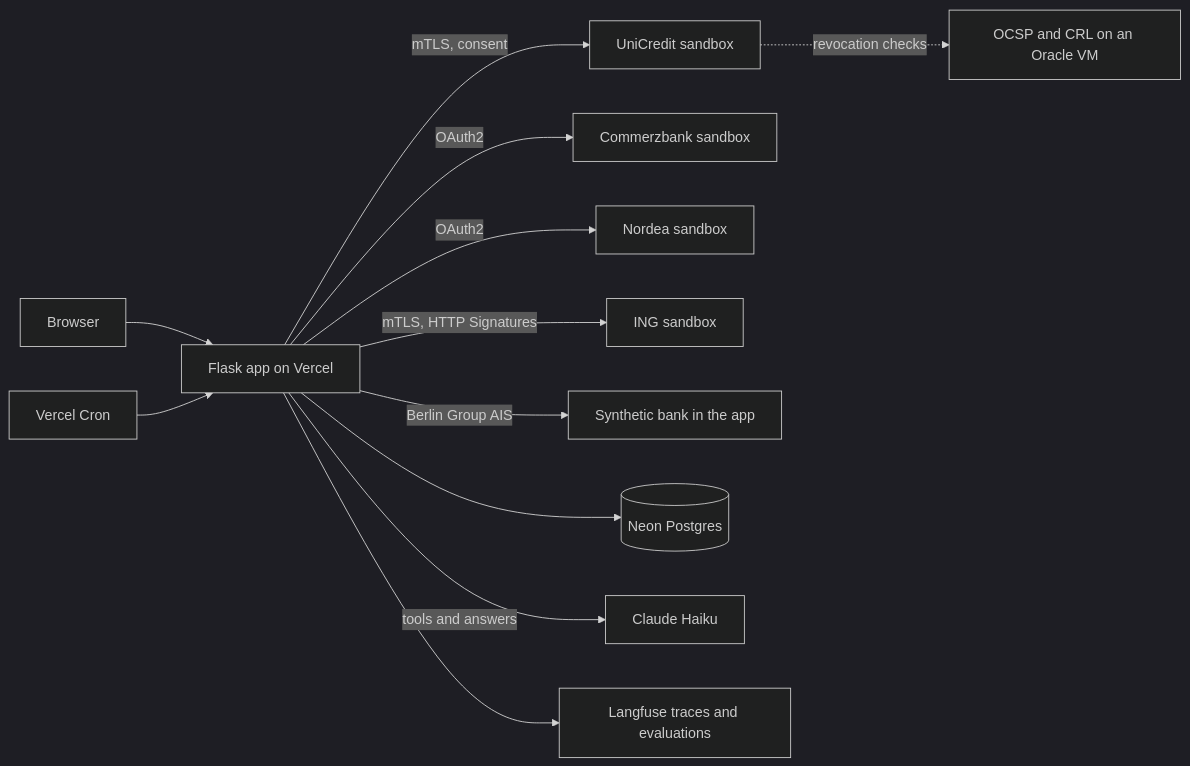
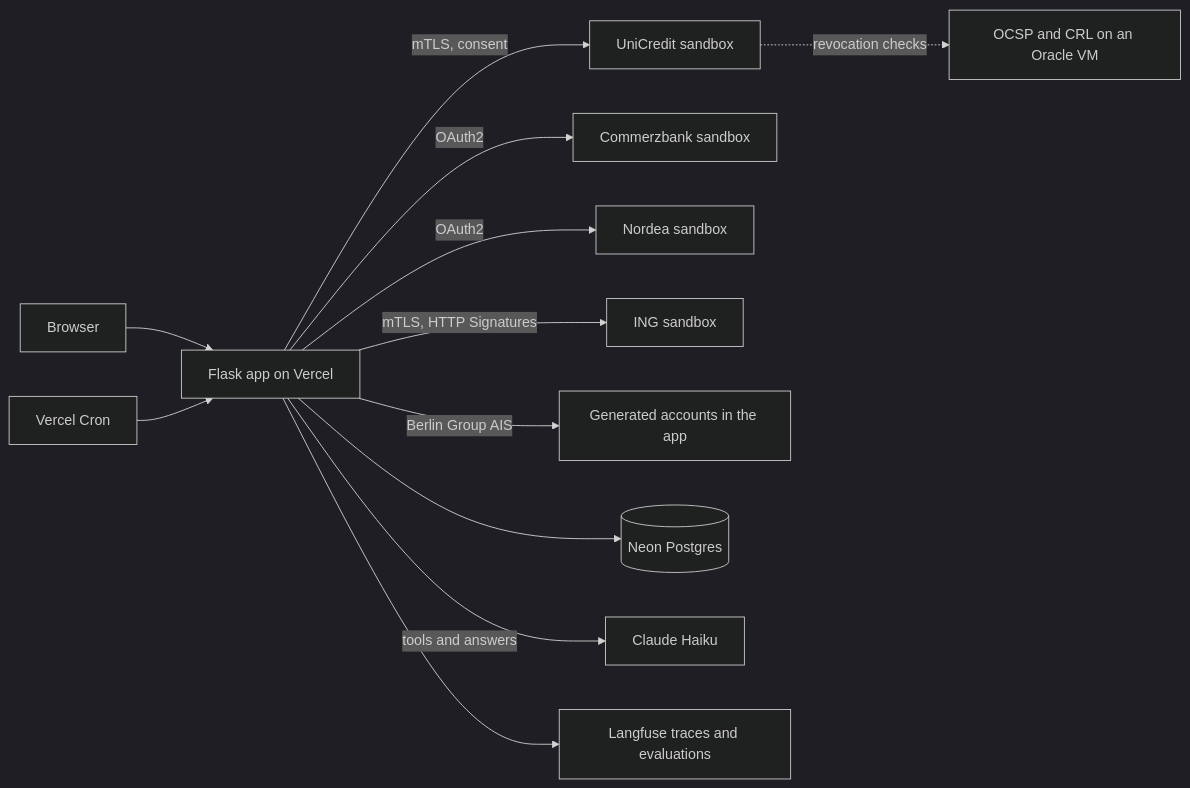
One commit to ajaykrishnaptr/bank-connectivity changed the diagram in README.md. Above: the diagram before and after it, drawn with Mermaid (dark theme). The commit also changed other lines of this file and 12 other files, not shown here.

````diff
--- a/README.md
+++ b/README.md
@@ -123,14 +141,14 @@
 ```mermaid
 flowchart LR
   U[Browser] --> F[Flask app on Vercel]
   F -->|mTLS, consent| UC[UniCredit sandbox]
   F -->|OAuth2| CB[Commerzbank sandbox]
   F -->|OAuth2| NO[Nordea sandbox]
   F -->|mTLS, HTTP Signatures| ING[ING sandbox]
-  F -->|Berlin Group AIS| SB[Synthetic bank in the app]
+  F -->|Berlin Group AIS| SB[Generated accounts in the app]
   F --> DB[(Neon Postgres)]
   F -->|tools and answers| H[Claude Haiku]
   F --> LF[Langfuse traces and evaluations]
   UC -. revocation checks .-> VM[OCSP and CRL on an Oracle VM]
   C[Vercel Cron] --> F
 ```
````
